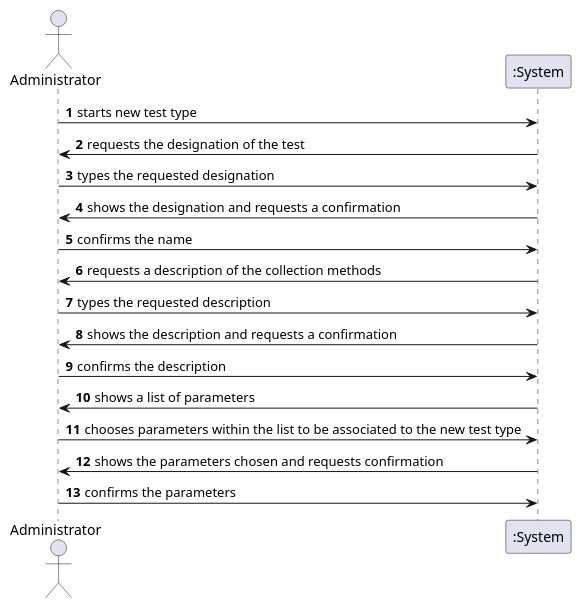
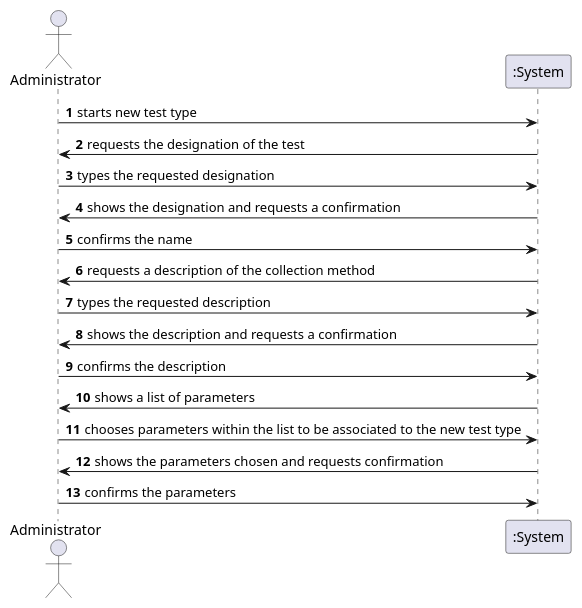
Before and after one commit to MadDinosaur/ISEP-LAPR2: the diagram in docs/SprintB/US9/US9_SSD.puml, drawn with PlantUML. The commit also changed 4 other files, not shown here.

Commit message:
Created the sequence diagram. Changed the domain model. Continued the requirements file. Changed the system sequence diagram.

```diff
--- a/docs/SprintB/US9/US9_SSD.puml
+++ b/docs/SprintB/US9/US9_SSD.puml
@@ -1,21 +1,21 @@
 @startuml
 
 autonumber
 
 actor Administrator
 
 Administrator -> ":System": starts new test type
 ":System" -> Administrator: requests the designation of the test
 Administrator -> ":System": types the requested designation
 ":System" -> Administrator: shows the designation and requests a confirmation
 Administrator -> ":System": confirms the name
-":System" -> Administrator: requests a description of the collection methods
+":System" -> Administrator: requests a description of the collection method
 Administrator -> ":System": types the requested description
 ":System" -> Administrator: shows the description and requests a confirmation
 Administrator -> ":System": confirms the description
 ":System" -> Administrator: shows a list of parameters
 Administrator -> ":System": chooses parameters within the list to be associated to the new test type
 ":System" -> Administrator: shows the parameters chosen and requests confirmation
 Administrator -> ":System": confirms the parameters
 
 @enduml
```
